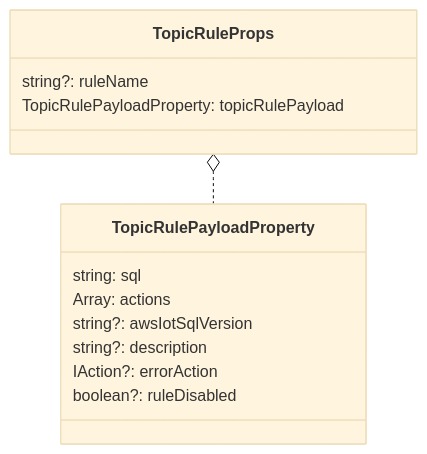
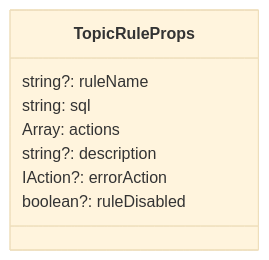
The second of 9 diagrams in articles/2021-09-19-aws-cdk-iot-l2.md (yamatatsu/zenn-contents), drawn with Mermaid (base theme) before and after one commit. The commit also changed other lines of this file, not shown here.

````diff
--- a/articles/2021-09-19-aws-cdk-iot-l2.md
+++ b/articles/2021-09-19-aws-cdk-iot-l2.md
@@ -65,18 +48,12 @@
 ```mermaid
 classDiagram
-  TopicRuleProps o.. TopicRulePayloadProperty
-
   class TopicRuleProps {
     string?: ruleName
-    TopicRulePayloadProperty: topicRulePayload
-  }
-  class TopicRulePayloadProperty {
     string: sql
     Array<IAction>: actions
-    string?: awsIotSqlVersion
     string?: description
     IAction?: errorAction
     boolean?: ruleDisabled
   }
 
 ```
````
